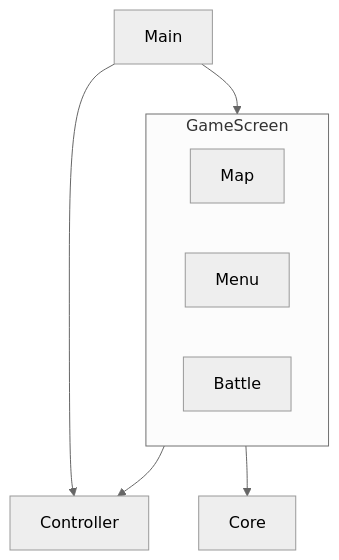
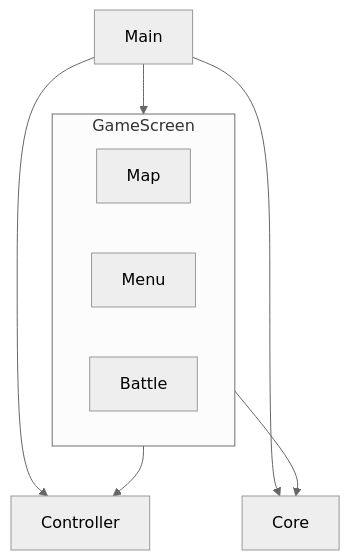
One commit to sbkinoko/RPGEngine2 changed the first of 2 diagrams in README.md. Above: the diagram before and after it, drawn with Mermaid (neutral theme).

````diff
--- a/README.md
+++ b/README.md
@@ -7,12 +7,13 @@
 ```mermaid
 graph TD;
   Main --> GameScreen;
   Main --> Controller;
   subgraph GameScreen;
     Map;
     Menu;
     Battle;
   end;
   GameScreen --> Core;
   GameScreen --> Controller;
+  Main --> Core;
 ```
````
